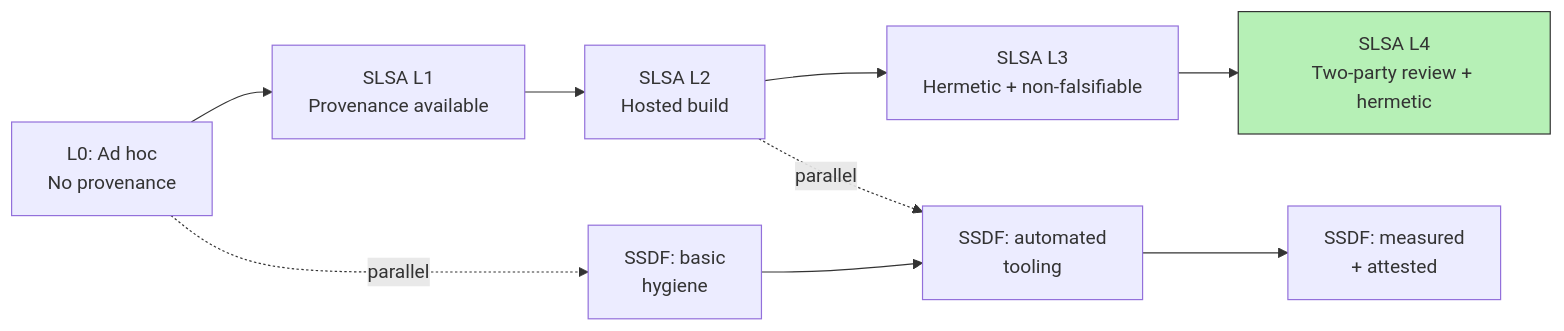
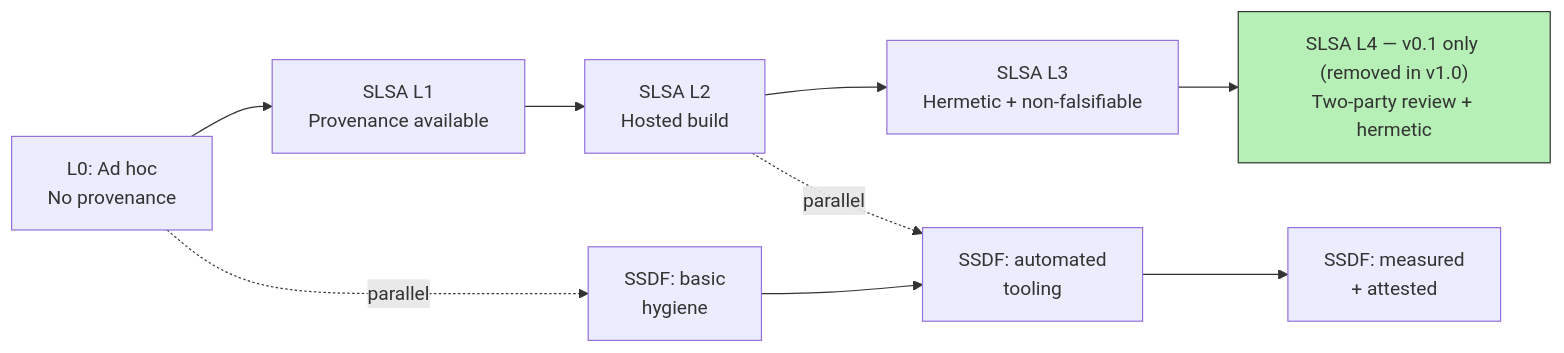
One commit to bumbsclaw/textbooks changed the eighth of 8 diagrams in book-01-foundations/ch07-frameworks-overview.md. Above: the diagram before and after it, drawn with Mermaid. The commit also changed other lines of this file and 59 other files, not shown here.

````diff
--- a/book-01-foundations/ch07-frameworks-overview.md
+++ b/book-01-foundations/ch07-frameworks-overview.md
@@ -720,14 +720,14 @@
 ```mermaid
 flowchart LR
     L0["L0: Ad hoc<br/>No provenance"] --> L1["SLSA L1<br/>Provenance available"]
     L1 --> L2["SLSA L2<br/>Hosted build"]
     L2 --> L3["SLSA L3<br/>Hermetic + non-falsifiable"]
-    L3 --> L4["SLSA L4<br/>Two-party review + hermetic"]
+    L3 --> L4["SLSA L4 — v0.1 only (removed in v1.0)<br/>Two-party review + hermetic"]
 
     M0["SSDF: basic<br/>hygiene"] --> M1["SSDF: automated<br/>tooling"]
     M1 --> M2["SSDF: measured<br/>+ attested"]
 
     L0 -. parallel .-> M0
     L2 -. parallel .-> M1
     style L4 fill:#b6f0b6,stroke:#333
 ```
````
